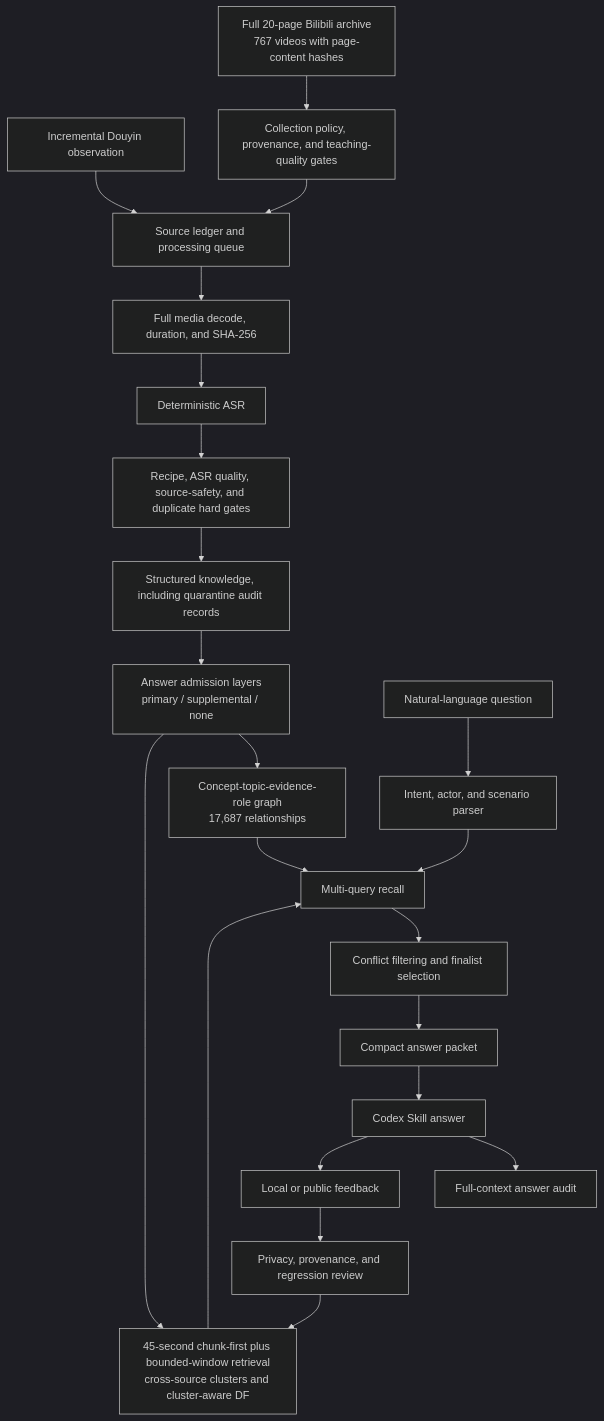
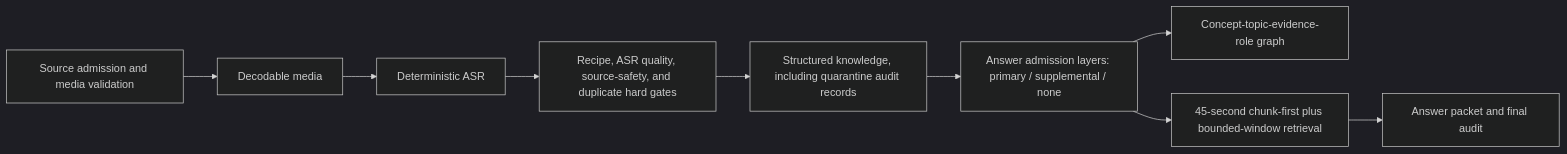
The diagram in README.en.md (MuyuanGuo/badminton-skills-coach), drawn with Mermaid (dark theme) before and after one commit. The commit also changed other lines of this file and 15 other files, not shown here.

````diff
--- a/README.en.md
+++ b/README.en.md
@@ -87,24 +120,11 @@
-```mermaid
-flowchart TD
-    A1["Incremental Douyin observation"] --> B["Source ledger and processing queue"]
-    A2["Full 20-page Bilibili archive<br/>767 videos with page-content hashes"] --> O["Collection policy, provenance, and teaching-quality gates"]
-    O --> B
-    B --> C["Full media decode, duration, and SHA-256"]
+~~~mermaid
+flowchart LR
+    B["Source admission and media validation"] --> C["Decodable media"]
     C --> D["Deterministic ASR"]
     D --> P["Recipe, ASR quality, source-safety, and duplicate hard gates"]
     P --> E["Structured knowledge, including quarantine audit records"]
-    E --> A["Answer admission layers<br/>primary / supplemental / none"]
-    A --> KG["Concept-topic-evidence-role graph<br/>17,687 relationships"]
-    A --> F["45-second chunk-first plus bounded-window retrieval<br/>cross-source clusters and cluster-aware DF"]
-    Q["Natural-language question"] --> G["Intent, actor, and scenario parser"]
-    G --> H["Multi-query recall"]
-    F --> H
-    KG --> H
-    H --> I["Conflict filtering and finalist selection"]
-    I --> J["Compact answer packet"]
-    J --> K["Codex Skill answer"]
-    K --> L["Full-context answer audit"]
-    K --> M["Local or public feedback"]
-    M --> N["Privacy, provenance, and regression review"]
-    N --> F
-```
+    E --> A["Answer admission layers: primary / supplemental / none"]
+    A --> KG["Concept-topic-evidence-role graph"]
+    A --> F["45-second chunk-first plus bounded-window retrieval"]
+    F --> R["Answer packet and final audit"]
+~~~
````
